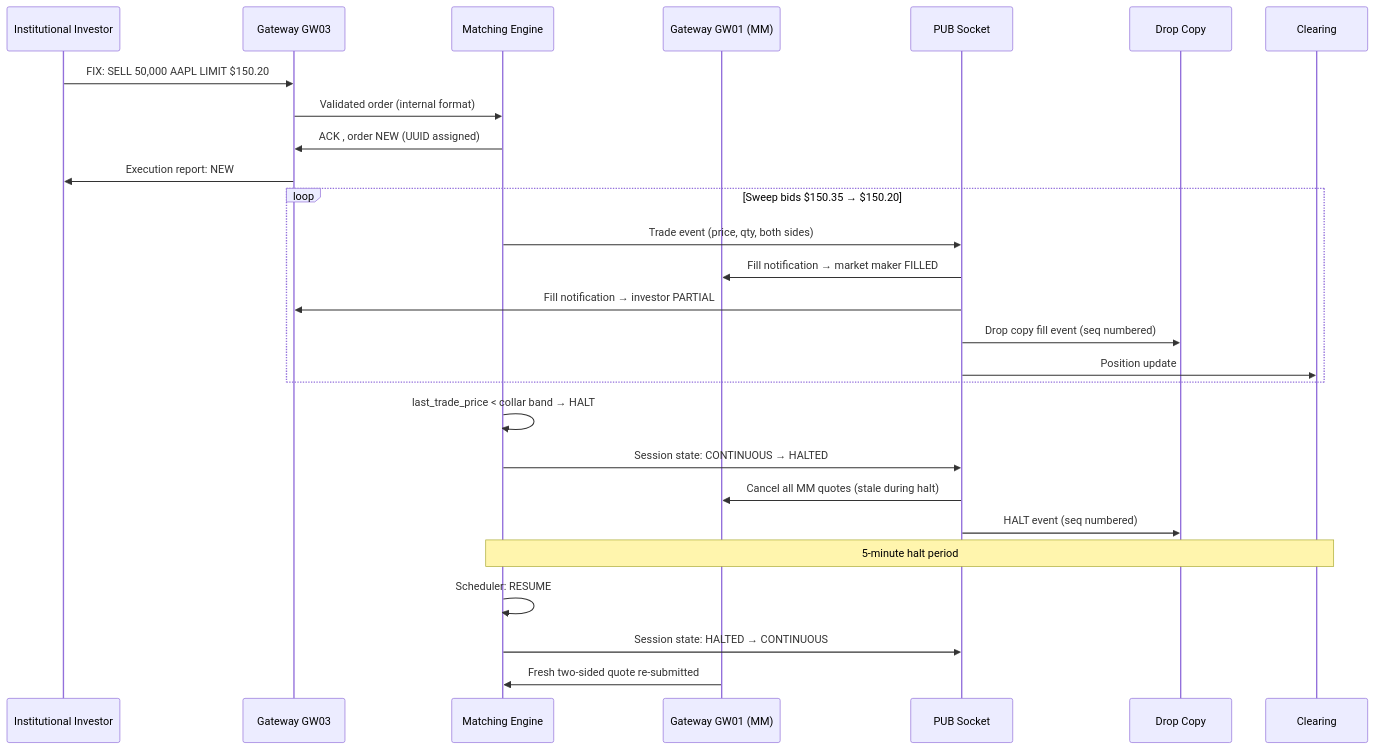
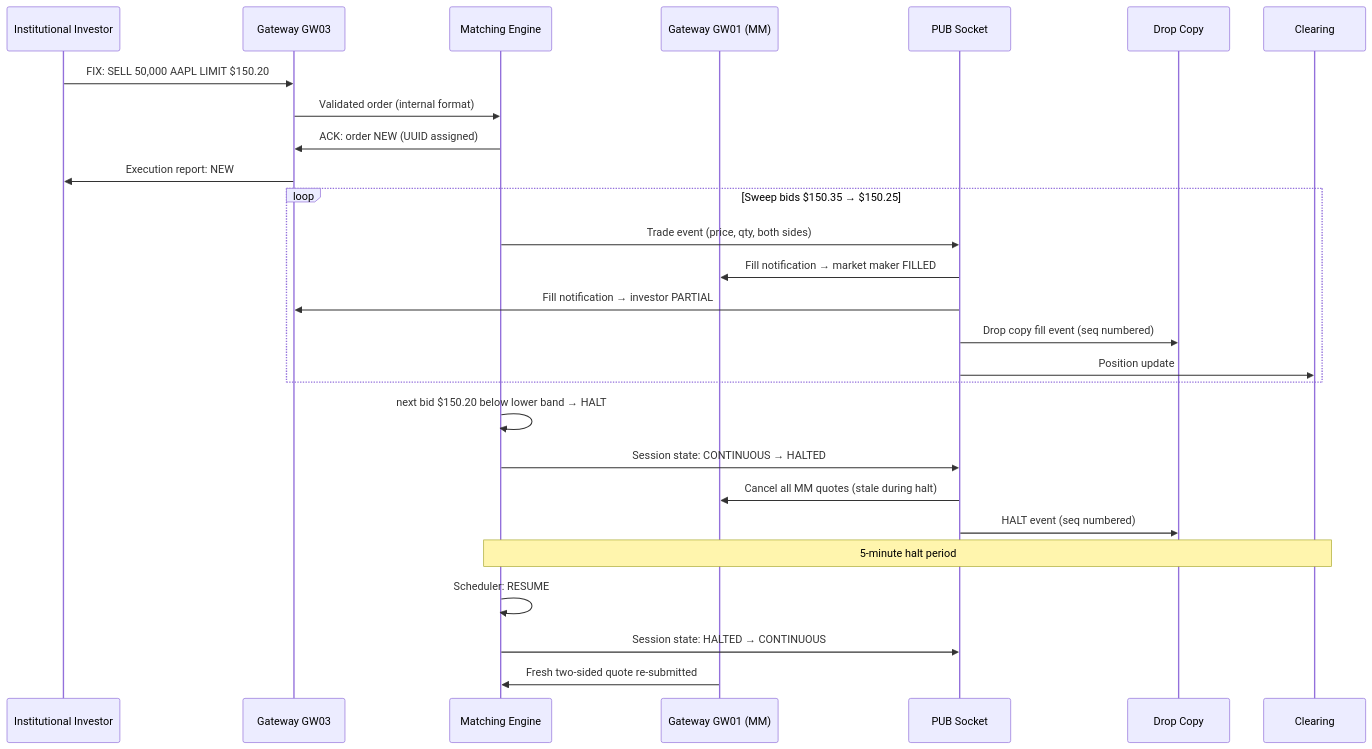
The diagram in docs-exchange-intro/src/02-orders-and-matching/12-putting-it-all-together.md (johan162/EduMatcher), drawn with Mermaid before and after one commit. The commit also changed other lines of this file and 72 other files, not shown here.

````diff
--- a/docs-exchange-intro/src/02-orders-and-matching/12-putting-it-all-together.md
+++ b/docs-exchange-intro/src/02-orders-and-matching/12-putting-it-all-together.md
@@ -39,34 +39,34 @@
 ```{.mermaid width=600}
 sequenceDiagram
     participant INV as Institutional Investor
     participant GW3 as Gateway GW03
     participant ME as Matching Engine
     participant GW1 as Gateway GW01 (MM)
     participant PUB as PUB Socket
     participant DC as Drop Copy
     participant CL as Clearing
 
     INV->>GW3: FIX: SELL 50,000 AAPL LIMIT $150.20
     GW3->>ME: Validated order (internal format)
-    ME->>GW3: ACK , order NEW (UUID assigned)
+    ME->>GW3: ACK: order NEW (UUID assigned)
     GW3->>INV: Execution report: NEW
 
-    loop Sweep bids $150.35 → $150.20
+    loop Sweep bids $150.35 → $150.25
         ME->>PUB: Trade event (price, qty, both sides)
         PUB->>GW1: Fill notification → market maker FILLED
         PUB->>GW3: Fill notification → investor PARTIAL
         PUB->>DC: Drop copy fill event (seq numbered)
         PUB->>CL: Position update
     end
 
-    ME->>ME: last_trade_price < collar band → HALT
+    ME->>ME: next bid $150.20 below lower band → HALT
     ME->>PUB: Session state: CONTINUOUS → HALTED
     PUB->>GW1: Cancel all MM quotes (stale during halt)
     PUB->>DC: HALT event (seq numbered)
 
     Note over ME,CL: 5-minute halt period
 
     ME->>ME: Scheduler: RESUME
     ME->>PUB: Session state: HALTED → CONTINUOUS
     GW1->>ME: Fresh two-sided quote re-submitted
 ```
````
